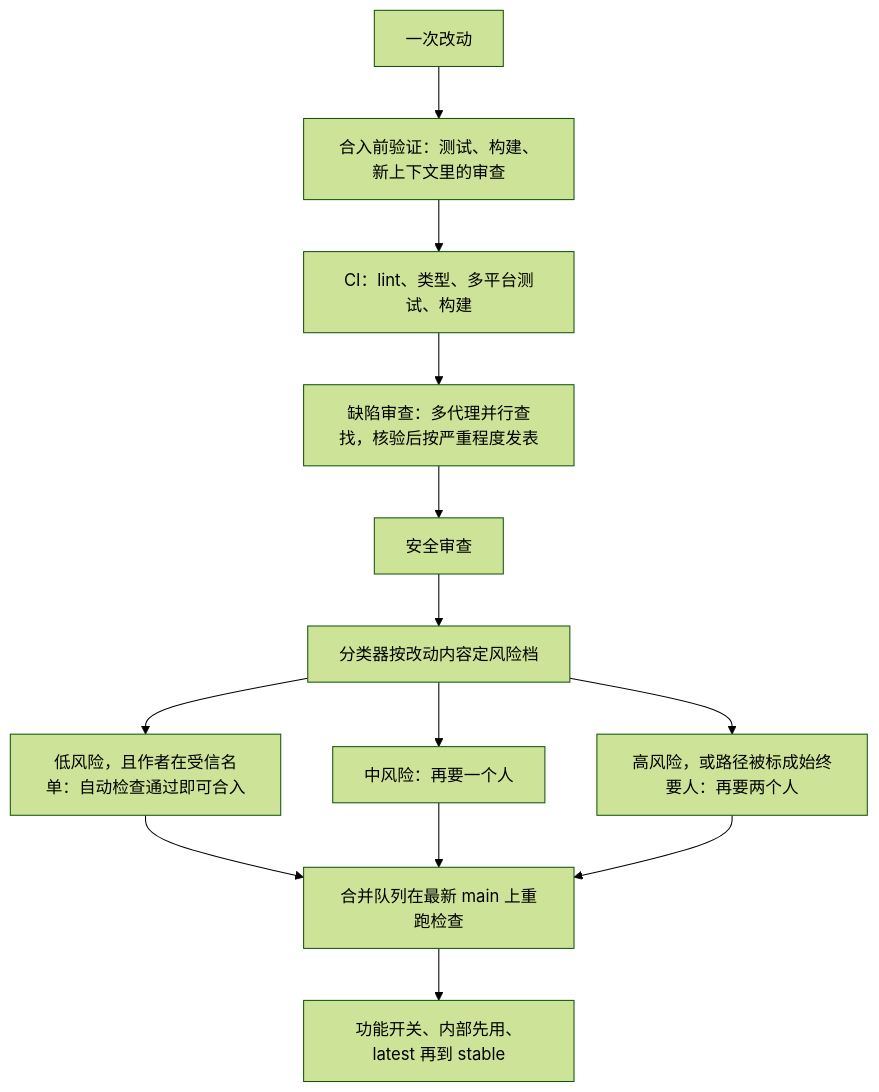
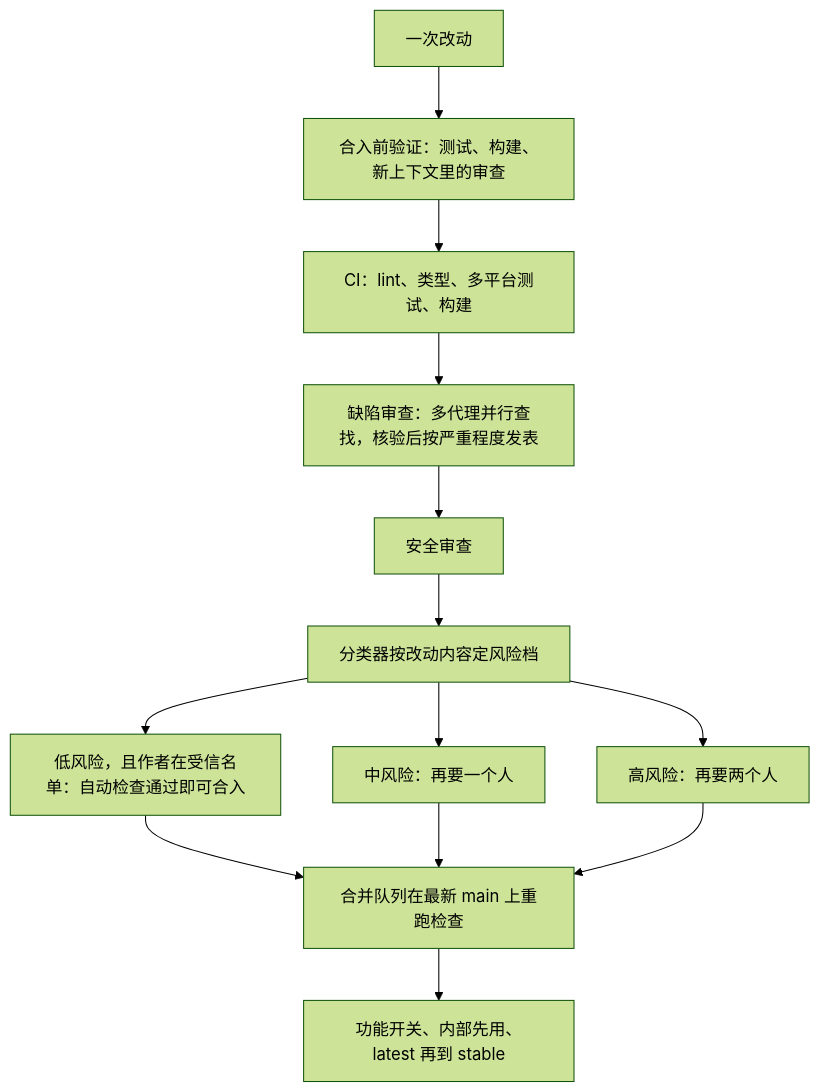
One commit to gerryyang2025/awesome-share changed the diagram in _posts/2026-11-17-anthropic-code-review.markdown. Above: the diagram before and after it, drawn with Mermaid (forest theme). The commit also changed other lines of this file, not shown here.

````diff
--- a/_posts/2026-11-17-anthropic-code-review.markdown
+++ b/_posts/2026-11-17-anthropic-code-review.markdown
@@ -57,19 +57,19 @@
 ```mermaid
 flowchart TD
   change["一次改动"]
   verify["合入前验证：测试、构建、新上下文里的审查"]
   ci["CI：lint、类型、多平台测试、构建"]
   ai["缺陷审查：多代理并行查找，核验后按严重程度发表"]
   sec["安全审查"]
   tier["分类器按改动内容定风险档"]
   low["低风险，且作者在受信名单：自动检查通过即可合入"]
   mid["中风险：再要一个人"]
-  high["高风险，或路径被标成始终要人：再要两个人"]
+  high["高风险：再要两个人"]
   queue["合并队列在最新 main 上重跑检查"]
   release["功能开关、内部先用、latest 再到 stable"]
   change --> verify --> ci --> ai --> sec --> tier
   tier --> low --> queue
   tier --> mid --> queue
   tier --> high --> queue
   queue --> release
 ```
````
